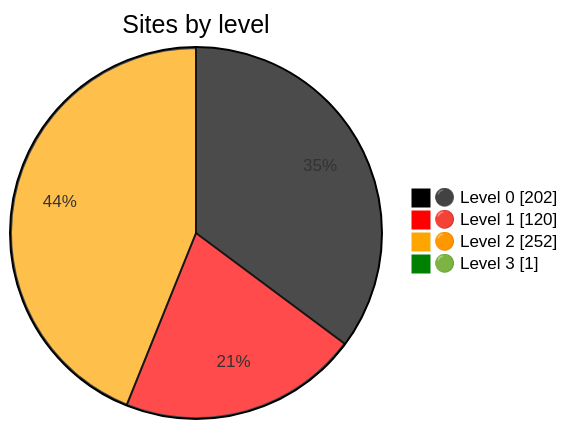
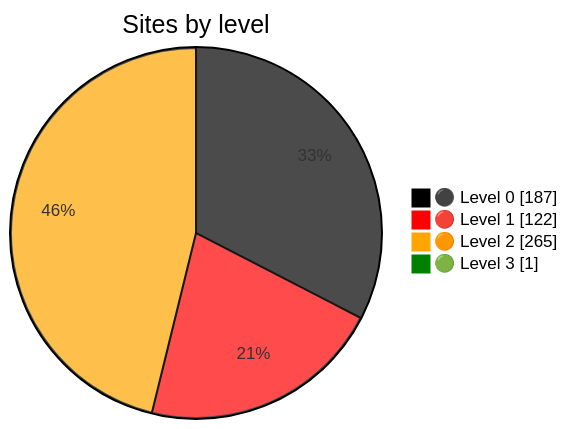
The diagram in README.md (nuuuwan/gov_lk_web_auditor), drawn with Mermaid before and after one commit. The commit also changed other lines of this file and 2572 other files, not shown here.

````diff
--- a/README.md
+++ b/README.md
@@ -24,9 +24,9 @@
 ```mermaid
 %%{init: {"themeVariables":{"pie1":"black","pie2":"red","pie3":"orange","pie4":"green"}}}%%
 pie showData
     title Sites by level
-    "⚫ Level 0" : 202
-    "🔴 Level 1" : 120
-    "🟠 Level 2" : 252
+    "⚫ Level 0" : 187
+    "🔴 Level 1" : 122
+    "🟠 Level 2" : 265
     "🟢 Level 3" : 1
 ```
````
